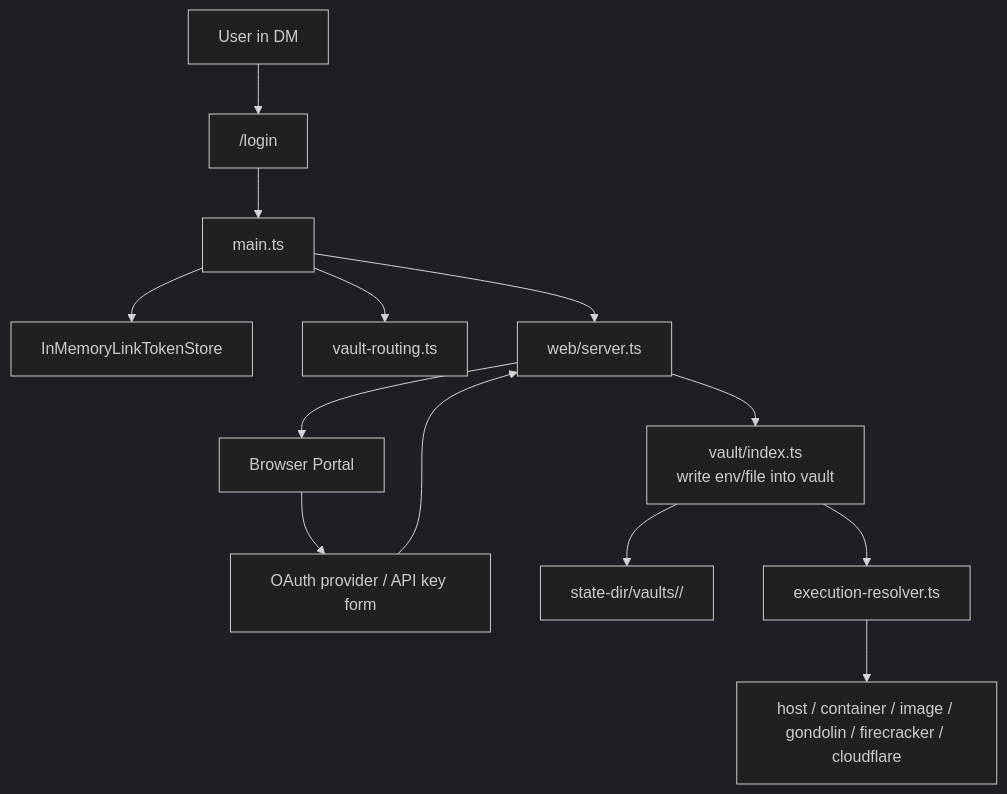
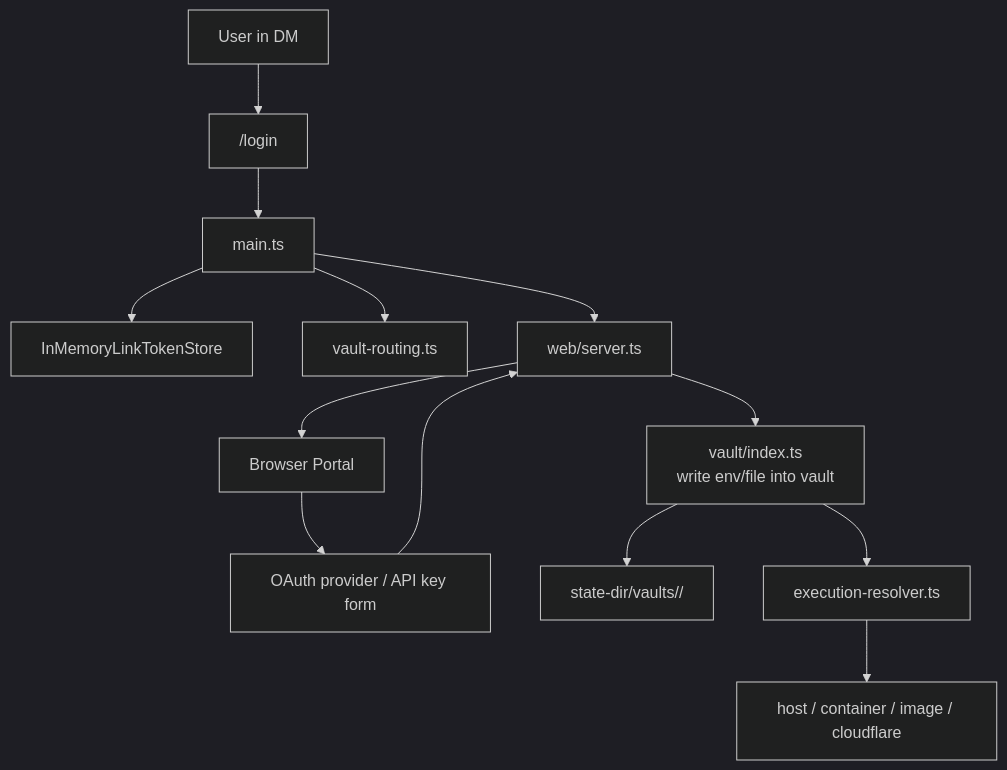
One commit to geminixiang/mikan changed the second of 2 diagrams in src/content/docs/architecture.md. Above: the diagram before and after it, drawn with Mermaid (dark theme). The commit also changed other lines of this file and 105 other files, not shown here.

````diff
--- a/src/content/docs/architecture.md
+++ b/src/content/docs/architecture.md
@@ -215,15 +215,15 @@
 ```mermaid
 flowchart TD
   User["User in DM"] --> LoginCmd["/login"]
   LoginCmd --> Main["main.ts"]
   Main --> LinkToken["InMemoryLinkTokenStore"]
   Main --> VaultRouting["vault-routing.ts"]
   Main --> WebServer["web/server.ts"]
   WebServer --> Browser["Browser Portal"]
   Browser --> OAuth["OAuth provider / API key form"]
   OAuth --> WebServer
   WebServer --> VaultManager["vault/index.ts\nwrite env/file into vault"]
   VaultManager --> VaultDir["state-dir/vaults/<vaultId>/"]
   VaultManager --> Resolver["execution-resolver.ts"]
-  Resolver --> Sandbox["host / container / image / gondolin / firecracker / cloudflare"]
+  Resolver --> Sandbox["host / container / image / cloudflare"]
 ```
````
